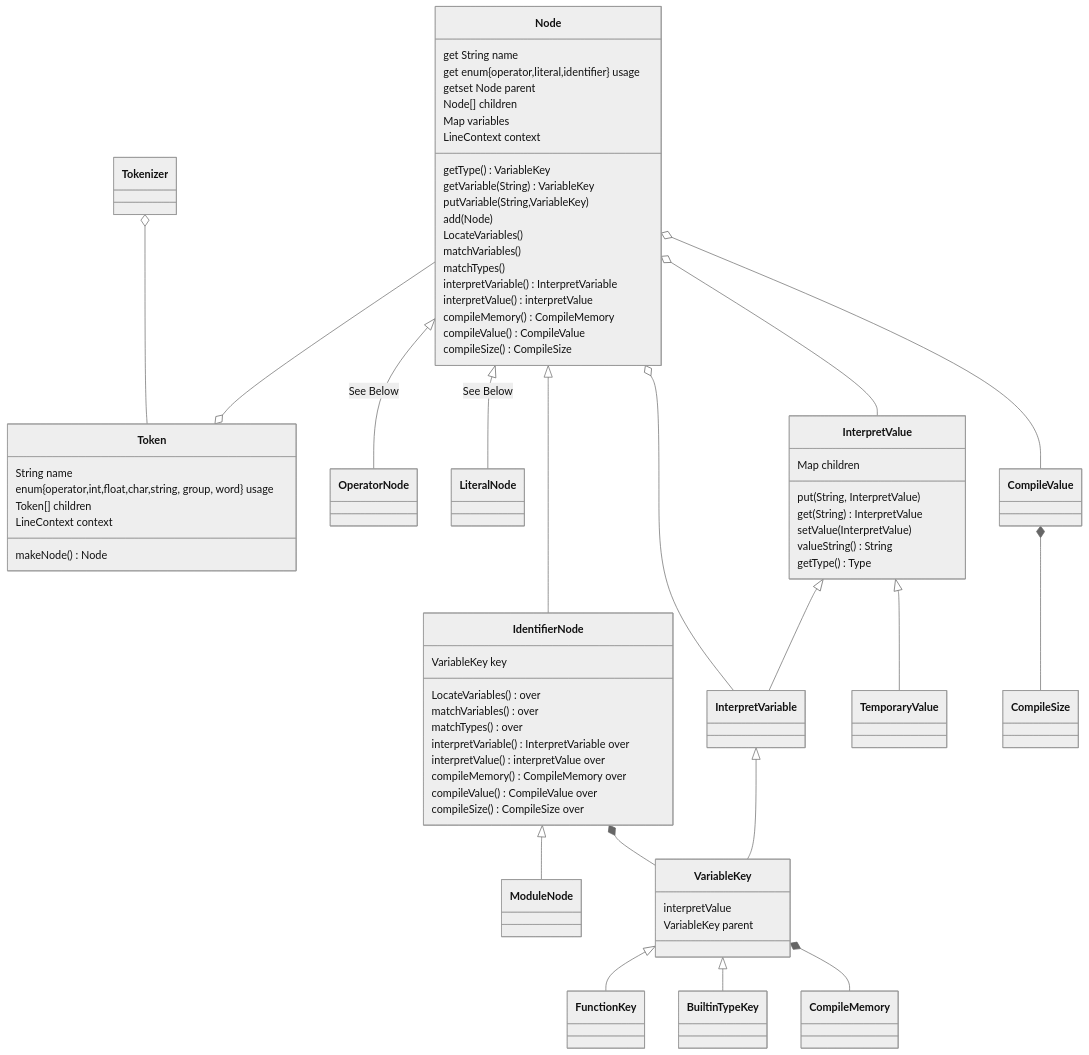
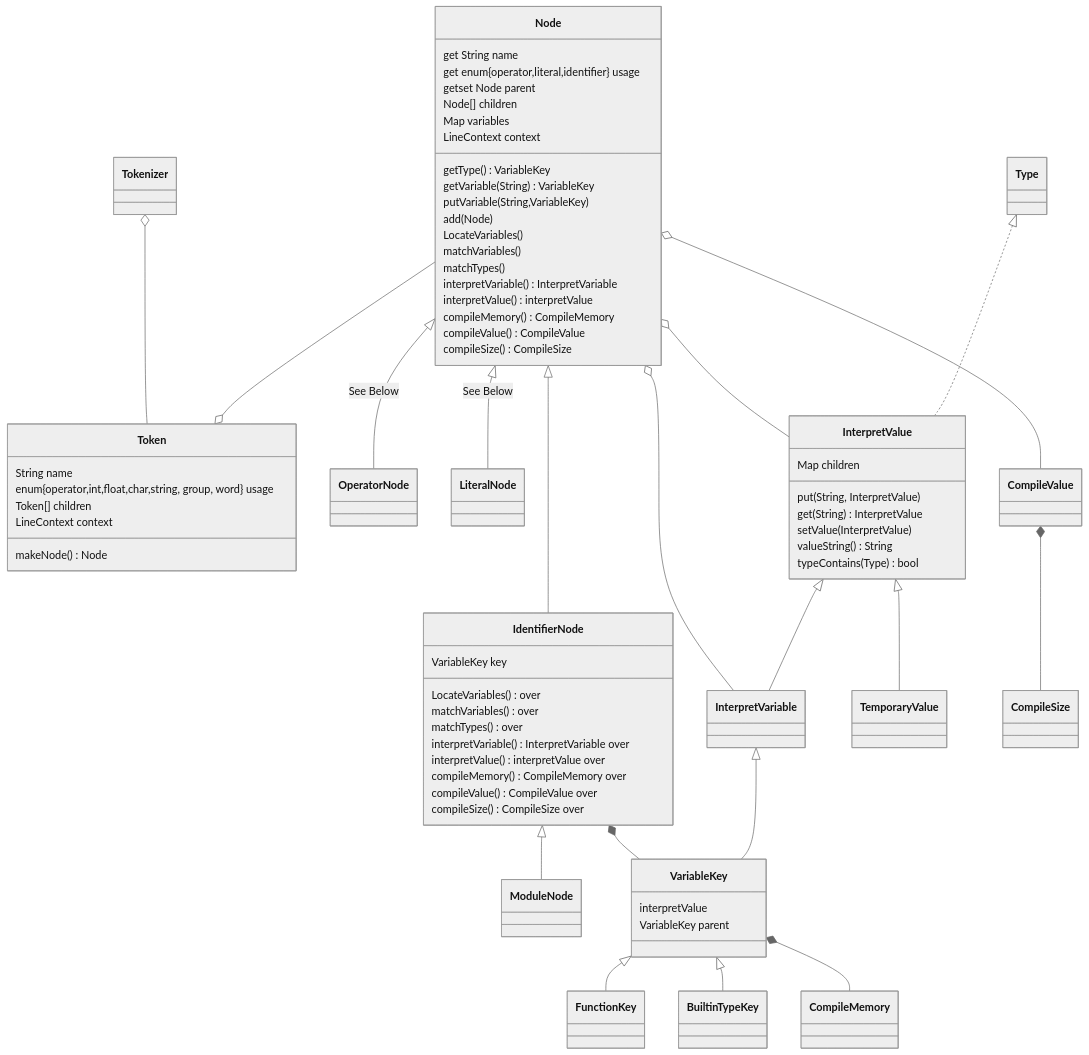
One commit to Jzhyang1/Monomer changed the second of 5 diagrams in Implementation.md. Above: the diagram before and after it, drawn with Mermaid (neutral theme). The commit also changed other lines of this file, not shown here.

````diff
--- a/Implementation.md
+++ b/Implementation.md
@@ -76,66 +76,67 @@
 ```mermaid
 classDiagram
 Tokenizer o-- Token
 Node --o Token
 
 Node <|-- OperatorNode: See Below
 Node <|-- LiteralNode: See Below
 Node <|-- IdentifierNode
 Node o-- InterpretVariable
 Node o-- InterpretValue
 IdentifierNode <|-- ModuleNode
 IdentifierNode *-- VariableKey
 VariableKey <|-- FunctionKey
 VariableKey <|-- BuiltinTypeKey
 VariableKey *-- CompileMemory
 InterpretValue <|-- InterpretVariable
 InterpretValue <|-- TemporaryValue
+Type <|.. InterpretValue
 InterpretVariable <|-- VariableKey
 CompileValue *-- CompileSize
 Node o-- CompileValue
 
 Token: String name
 Token: enum{operator,int,float,char,string, group, word} usage
 Token: Token[] children
 Token: LineContext context
 Token: makeNode() Node
 
 Node: get String name
 Node: get enum{operator,literal,identifier} usage
 Node: getset Node parent
 Node: Node[] children
 Node: Map<String, VariableKey> variables
 Node: LineContext context
 Node: getType() VariableKey
 Node: getVariable(String) VariableKey
 Node: putVariable(String,VariableKey)
 Node: add(Node)
 Node: LocateVariables()
 Node: matchVariables()
 Node: matchTypes()
 Node: interpretVariable() InterpretVariable
 Node: interpretValue() interpretValue
 Node: compileMemory() CompileMemory
 Node: compileValue() CompileValue
 Node: compileSize() CompileSize
 
 IdentifierNode: VariableKey key
 IdentifierNode: LocateVariables() over
 IdentifierNode: matchVariables() over
 IdentifierNode: matchTypes() over
 IdentifierNode: interpretVariable() InterpretVariable over
 IdentifierNode: interpretValue() interpretValue over
 IdentifierNode: compileMemory() CompileMemory over
 IdentifierNode: compileValue() CompileValue over
 IdentifierNode: compileSize() CompileSize over
 
 InterpretValue: Map<String, InterpretValue> children
 InterpretValue: put(String, InterpretValue)
 InterpretValue: get(String) InterpretValue
 InterpretValue: setValue(InterpretValue)
 InterpretValue: valueString() String
-InterpretValue: getType() Type
+InterpretValue: typeContains(Type) bool
 
 VariableKey: interpretValue
 VariableKey: VariableKey parent
 ```
````
